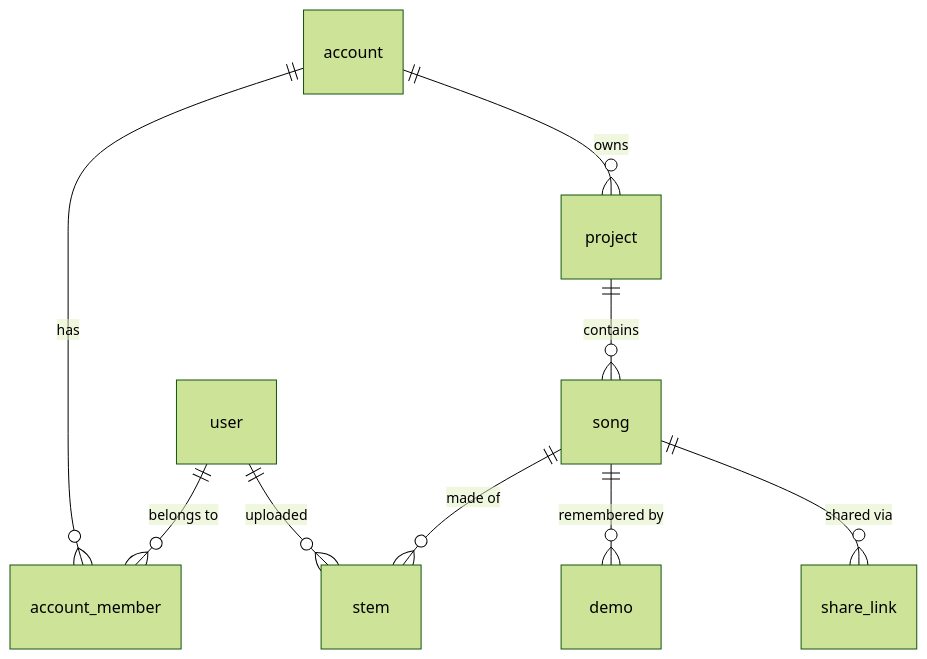
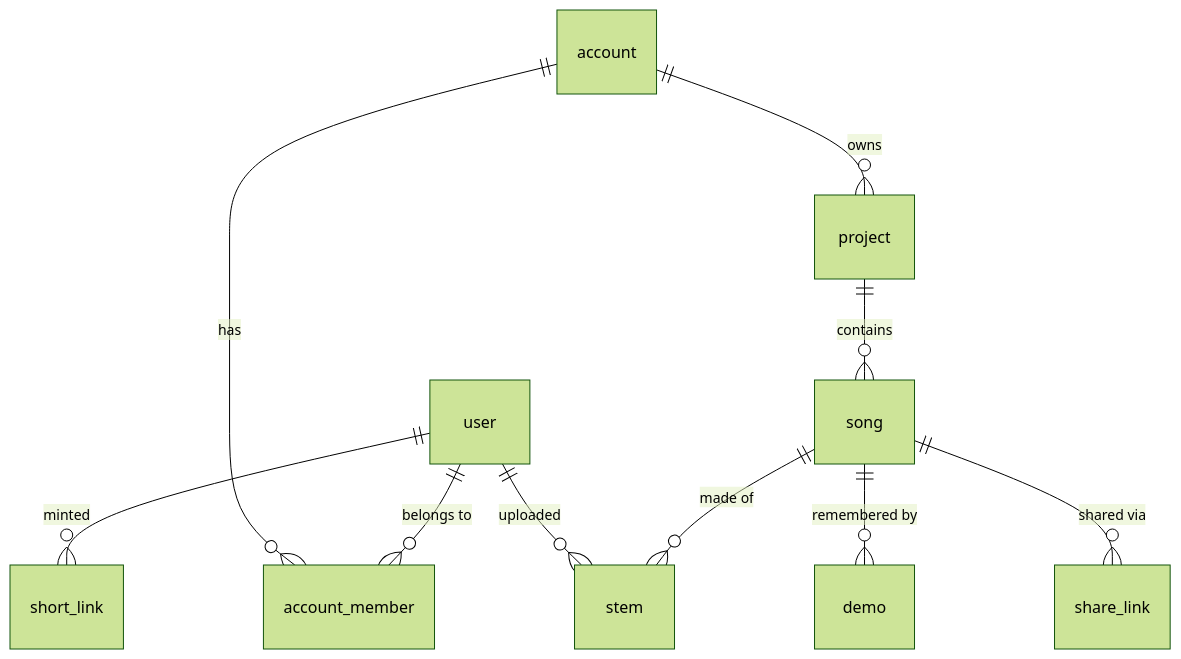
Before and after one commit to kevinpeckham/stem-shovel: the diagram in docs/data-model.md, drawn with Mermaid (forest theme). The commit also changed other lines of this file and 37 other files, not shown here.

First line of the commit message:
Short share links on shvl.me: a short_link table, minting from the instruments' Copy link, the short host resolved in hooks, /x/<code> on the app's own origin

````diff
--- a/docs/data-model.md
+++ b/docs/data-model.md
@@ -13,11 +13,12 @@
 ```mermaid
 erDiagram
     user ||--o{ account_member : "belongs to"
     account ||--o{ account_member : "has"
     account ||--o{ project : "owns"
     project ||--o{ song : "contains"
     song ||--o{ stem : "made of"
     song ||--o{ demo : "remembered by"
     song ||--o{ share_link : "shared via"
+    user ||--o{ short_link : "minted"
     user ||--o{ stem : "uploaded"
 ```
````
